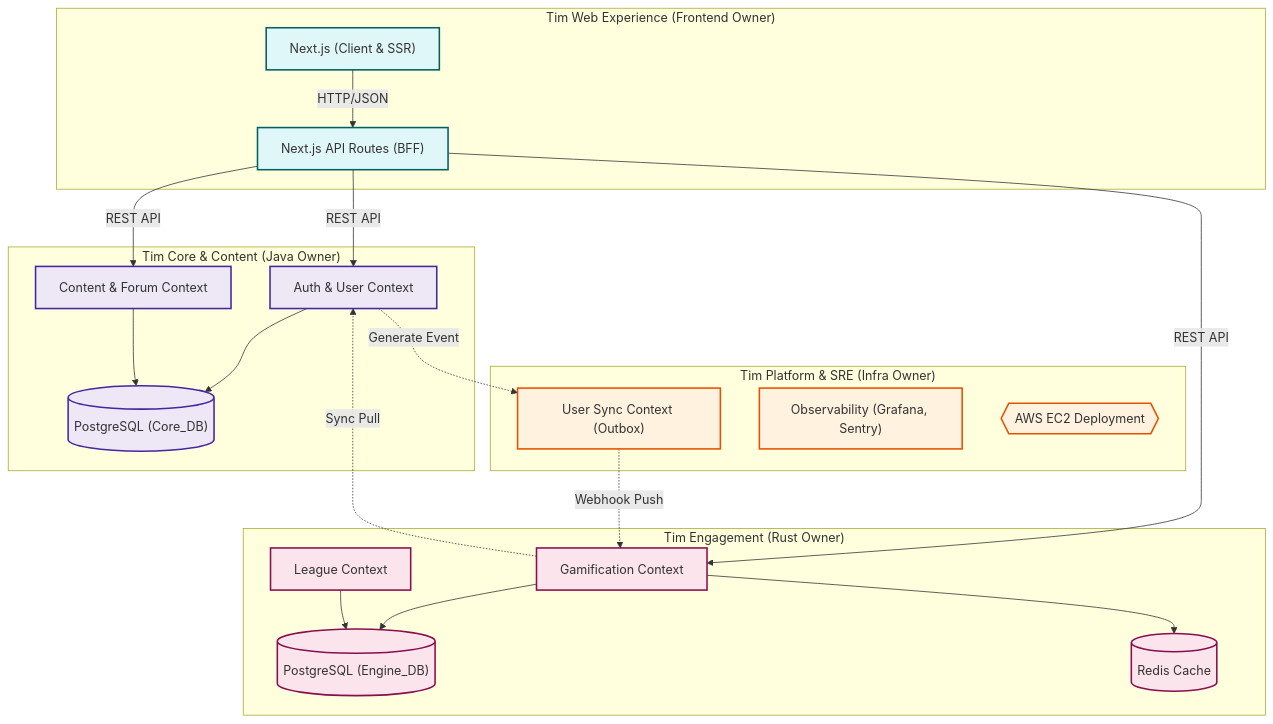
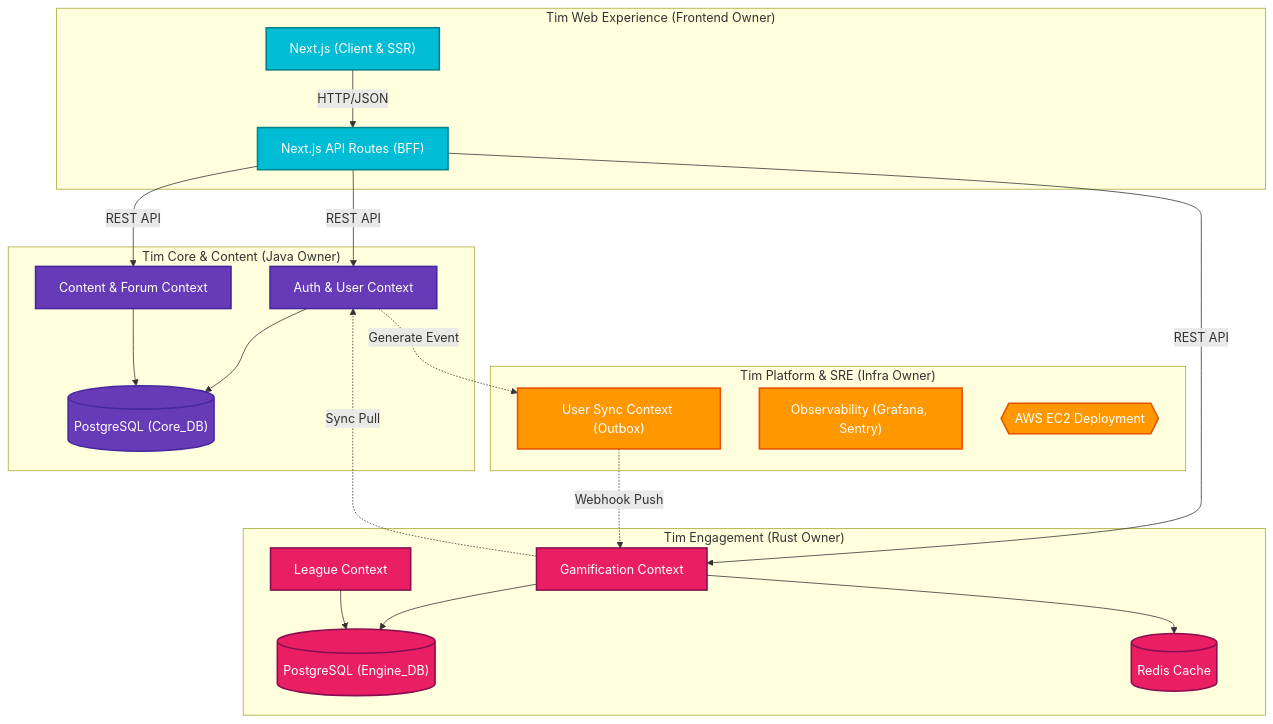
Before and after one commit to advprog-2026-A14-project/yomu-docs: the second of 2 diagrams in README.md, drawn with Mermaid.

Commit message:
improve readability

````diff
--- a/README.md
+++ b/README.md
@@ -161,53 +161,53 @@
 ```mermaid
 graph TB
     subgraph Frontend_Squad ["Tim Web Experience (Frontend Owner)"]
         UI["Next.js (Client & SSR)"]
         BFF["Next.js API Routes (BFF)"]
     end
 
     subgraph Core_Squad ["Tim Core & Content (Java Owner)"]
         Auth["Auth & User Context"]
         Content["Content & Forum Context"]
         CoreDB[("PostgreSQL (Core_DB)")]
     end
 
     subgraph Engagement_Squad ["Tim Engagement (Rust Owner)"]
         Gamification["Gamification Context"]
         League["League Context"]
         EngineDB[("PostgreSQL (Engine_DB)")]
         Redis[("Redis Cache")]
     end
 
     subgraph Platform_Squad ["Tim Platform & SRE (Infra Owner)"]
         Outbox["User Sync Context (Outbox)"]
         Monitor["Observability (Grafana, Sentry)"]
         EC2{{"AWS EC2 Deployment"}}
     end
 
     %% Relasi Alur Komunikasi
     UI -->|HTTP/JSON| BFF
     BFF -->|REST API| Auth
     BFF -->|REST API| Content
     BFF -->|REST API| Gamification
     
     Auth --> CoreDB
     Content --> CoreDB
     Gamification --> EngineDB
     Gamification --> Redis
     League --> EngineDB
     
     Auth -.->|Generate Event| Outbox
     Outbox -.->|Webhook Push| Gamification
     Gamification -.->|Sync Pull| Auth
 
-    %% Styling
-    classDef frontend fill:#e0f7fa,stroke:#006064,stroke-width:2px;
-    classDef core fill:#ede7f6,stroke:#4527a0,stroke-width:2px;
-    classDef engagement fill:#fce4ec,stroke:#880e4f,stroke-width:2px;
-    classDef platform fill:#fff3e0,stroke:#e65100,stroke-width:2px;
+    %% Updated Styling for Better Readability
+    classDef frontend fill:#00bcd4,stroke:#00838f,stroke-width:2px,color:#fff;
+    classDef core fill:#673ab7,stroke:#4527a0,stroke-width:2px,color:#fff;
+    classDef engagement fill:#e91e63,stroke:#880e4f,stroke-width:2px,color:#fff;
+    classDef platform fill:#ff9800,stroke:#e65100,stroke-width:2px,color:#fff;
 
     class UI,BFF frontend;
     class Auth,Content,CoreDB core;
     class Gamification,League,EngineDB,Redis engagement;
     class Outbox,Monitor,EC2 platform;
 ```
````
